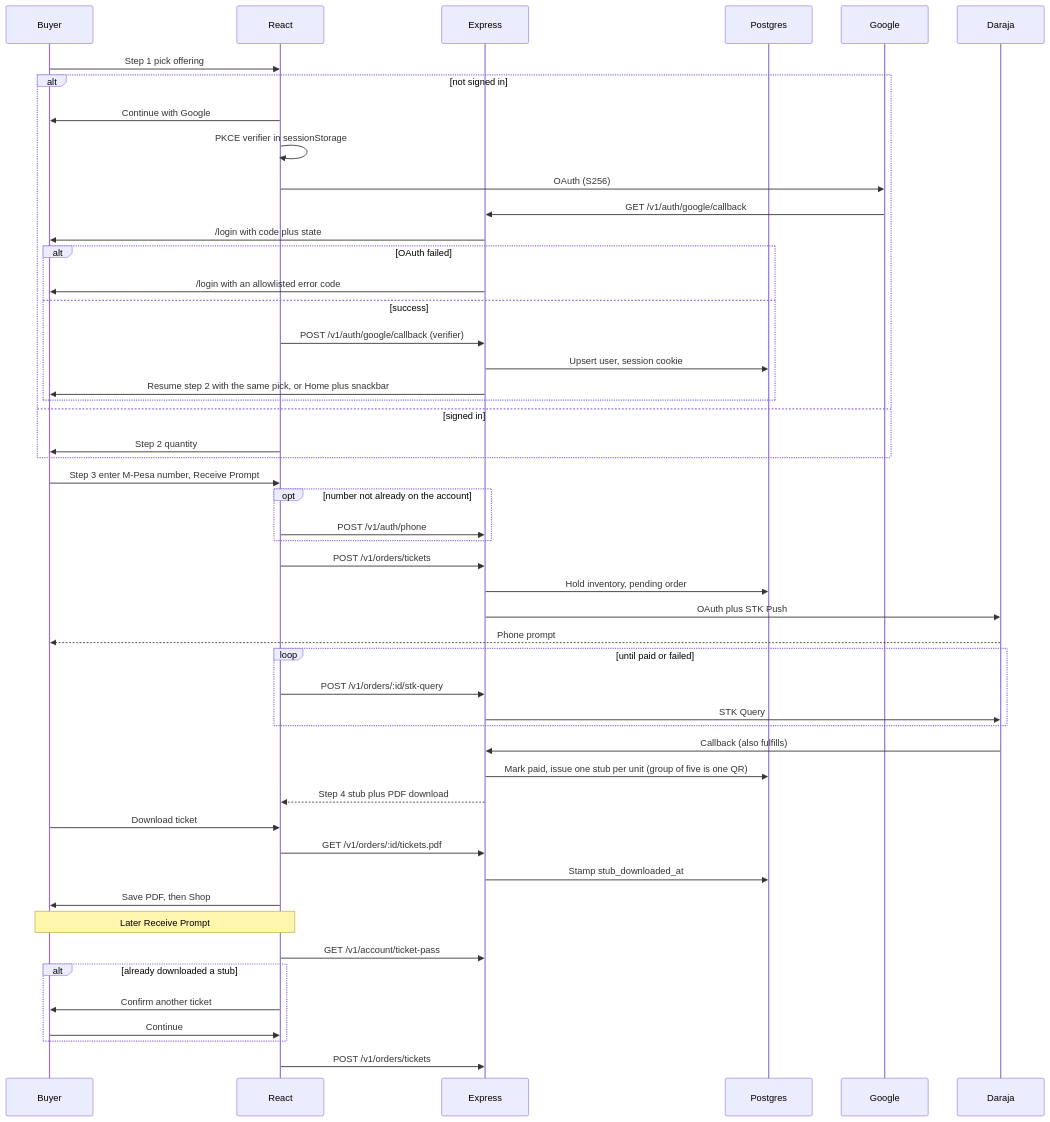
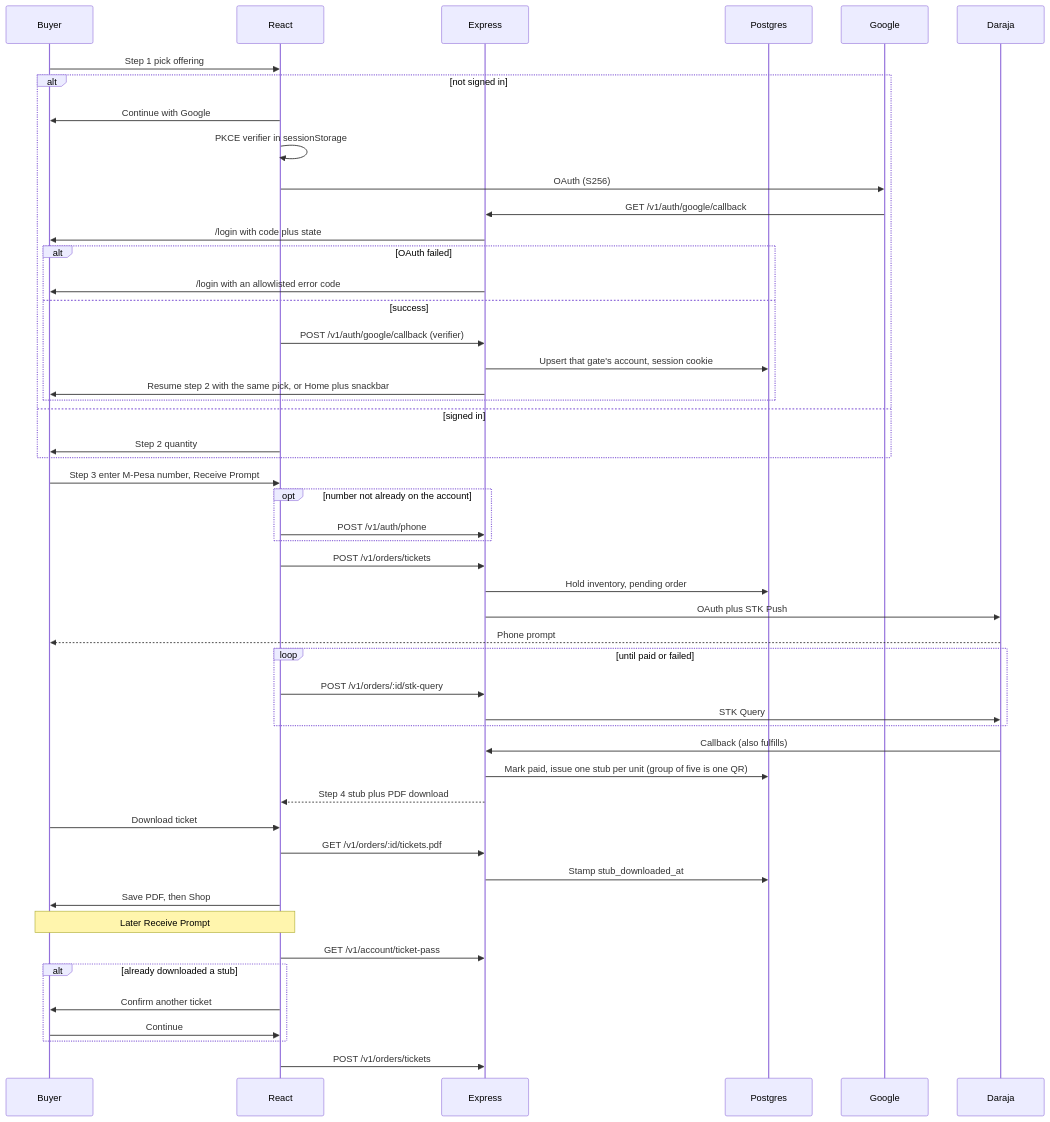
The first of 2 diagrams in README.md (kakaiking/Sherehe), drawn with Mermaid before and after one commit. The commit also changed other lines of this file and 18 other files, not shown here.

````diff
--- a/README.md
+++ b/README.md
@@ -133,52 +133,52 @@
 ```mermaid
 sequenceDiagram
   participant Buyer
   participant React
   participant Express
   participant Postgres
   participant Google
   participant Daraja
   Buyer->>React: Step 1 pick offering
   alt not signed in
     React->>Buyer: Continue with Google
     React->>React: PKCE verifier in sessionStorage
     React->>Google: OAuth (S256)
     Google->>Express: GET /v1/auth/google/callback
     Express->>Buyer: /login with code plus state
     alt OAuth failed
       Express->>Buyer: /login with an allowlisted error code
     else success
       React->>Express: POST /v1/auth/google/callback (verifier)
-      Express->>Postgres: Upsert user, session cookie
+      Express->>Postgres: Upsert that gate's account, session cookie
       Express->>Buyer: Resume step 2 with the same pick, or Home plus snackbar
     end
   else signed in
     React->>Buyer: Step 2 quantity
   end
   Buyer->>React: Step 3 enter M-Pesa number, Receive Prompt
   opt number not already on the account
     React->>Express: POST /v1/auth/phone
   end
   React->>Express: POST /v1/orders/tickets
   Express->>Postgres: Hold inventory, pending order
   Express->>Daraja: OAuth plus STK Push
   Daraja-->>Buyer: Phone prompt
   loop until paid or failed
     React->>Express: POST /v1/orders/:id/stk-query
     Express->>Daraja: STK Query
   end
   Daraja->>Express: Callback (also fulfills)
   Express->>Postgres: Mark paid, issue one stub per unit (group of five is one QR)
   Express-->>React: Step 4 stub plus PDF download
   Buyer->>React: Download ticket
   React->>Express: GET /v1/orders/:id/tickets.pdf
   Express->>Postgres: Stamp stub_downloaded_at
   React->>Buyer: Save PDF, then Shop
   Note over Buyer,React: Later Receive Prompt
   React->>Express: GET /v1/account/ticket-pass
   alt already downloaded a stub
     React->>Buyer: Confirm another ticket
     Buyer->>React: Continue
   end
   React->>Express: POST /v1/orders/tickets
 ```
````
